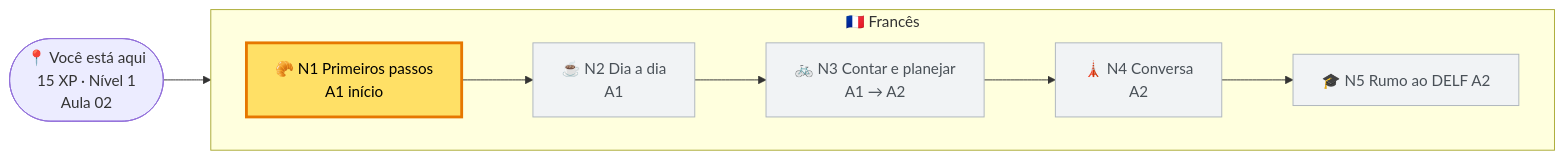
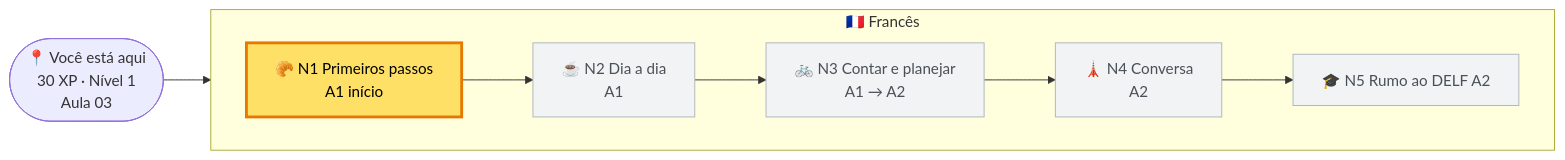
Before and after one commit to tcandreetti/frances: the first of 2 diagrams in README.md, drawn with Mermaid. The commit also changed other lines of this file and 7 other files, not shown here.

````diff
--- a/README.md
+++ b/README.md
@@ -25,16 +25,16 @@
 ```mermaid
 flowchart LR
-  EU(["📍 Você está aqui<br/>15 XP · Nível 1<br/>Aula 02"])
+  EU(["📍 Você está aqui<br/>30 XP · Nível 1<br/>Aula 03"])
 
   subgraph FR["🇫🇷 Francês"]
     direction LR
     N1["🥐 N1 Primeiros passos<br/>A1 início"] --> N2["☕ N2 Dia a dia<br/>A1"] --> N3["🚲 N3 Contar e planejar<br/>A1 → A2"] --> N4["🗼 N4 Conversa<br/>A2"] --> N5["🎓 N5 Rumo ao DELF A2"]
   end
 
   EU --> N1
 
   classDef atual fill:#ffe066,stroke:#e67700,stroke-width:3px,color:#000
   classDef futuro fill:#f1f3f5,stroke:#adb5bd,color:#495057
   class N1 atual
   class N2,N3,N4,N5 futuro
 ```
````
